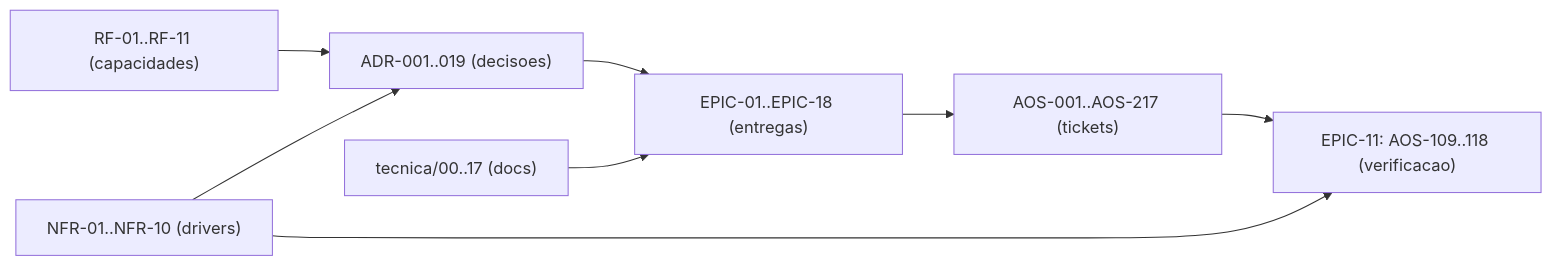
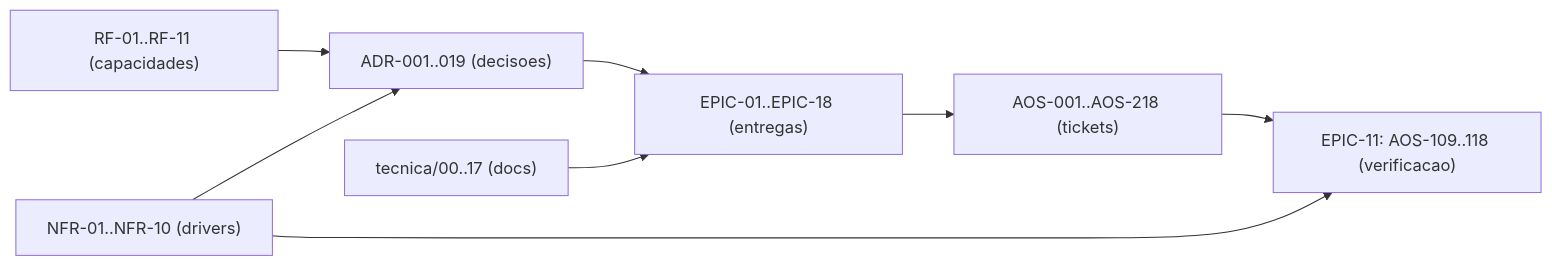
The diagram in tecnica/16_Rastreabilidade_RTM.md (albinoJimy/aos), drawn with Mermaid before and after one commit. The commit also changed other lines of this file and 1 other file, not shown here.

First line of the commit message:
docs(AOS-218): formalizar o fix do steer inerte + captura no replay (ACHADO-2+1)

````diff
--- a/tecnica/16_Rastreabilidade_RTM.md
+++ b/tecnica/16_Rastreabilidade_RTM.md
@@ -169,10 +169,10 @@
 ```mermaid
 flowchart LR
     RF["RF-01..RF-11 (capacidades)"] --> ADR["ADR-001..019 (decisoes)"]
     NFR["NFR-01..NFR-10 (drivers)"] --> ADR
     ADR --> EPIC["EPIC-01..EPIC-18 (entregas)"]
-    EPIC --> TICK["AOS-001..AOS-217 (tickets)"]
+    EPIC --> TICK["AOS-001..AOS-218 (tickets)"]
     DOC["tecnica/00..17 (docs)"] --> EPIC
     TICK --> TEST["EPIC-11: AOS-109..118 (verificacao)"]
     NFR --> TEST
 ```
````
